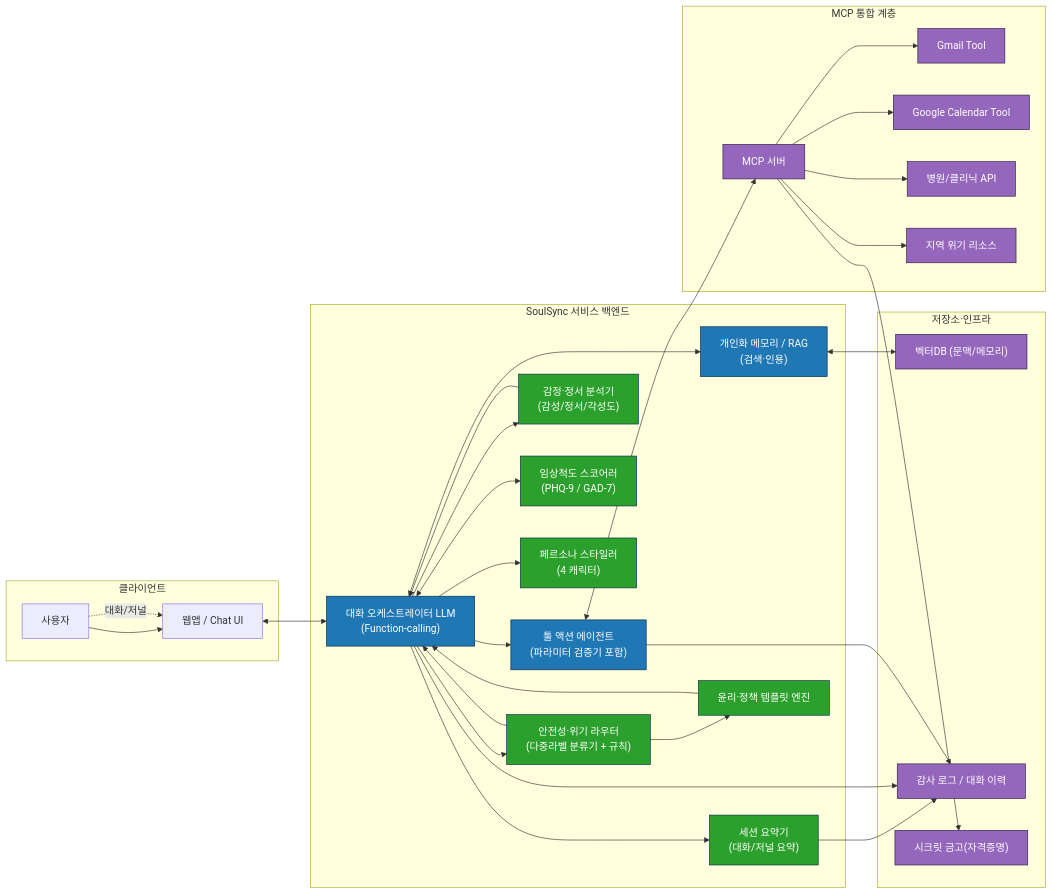
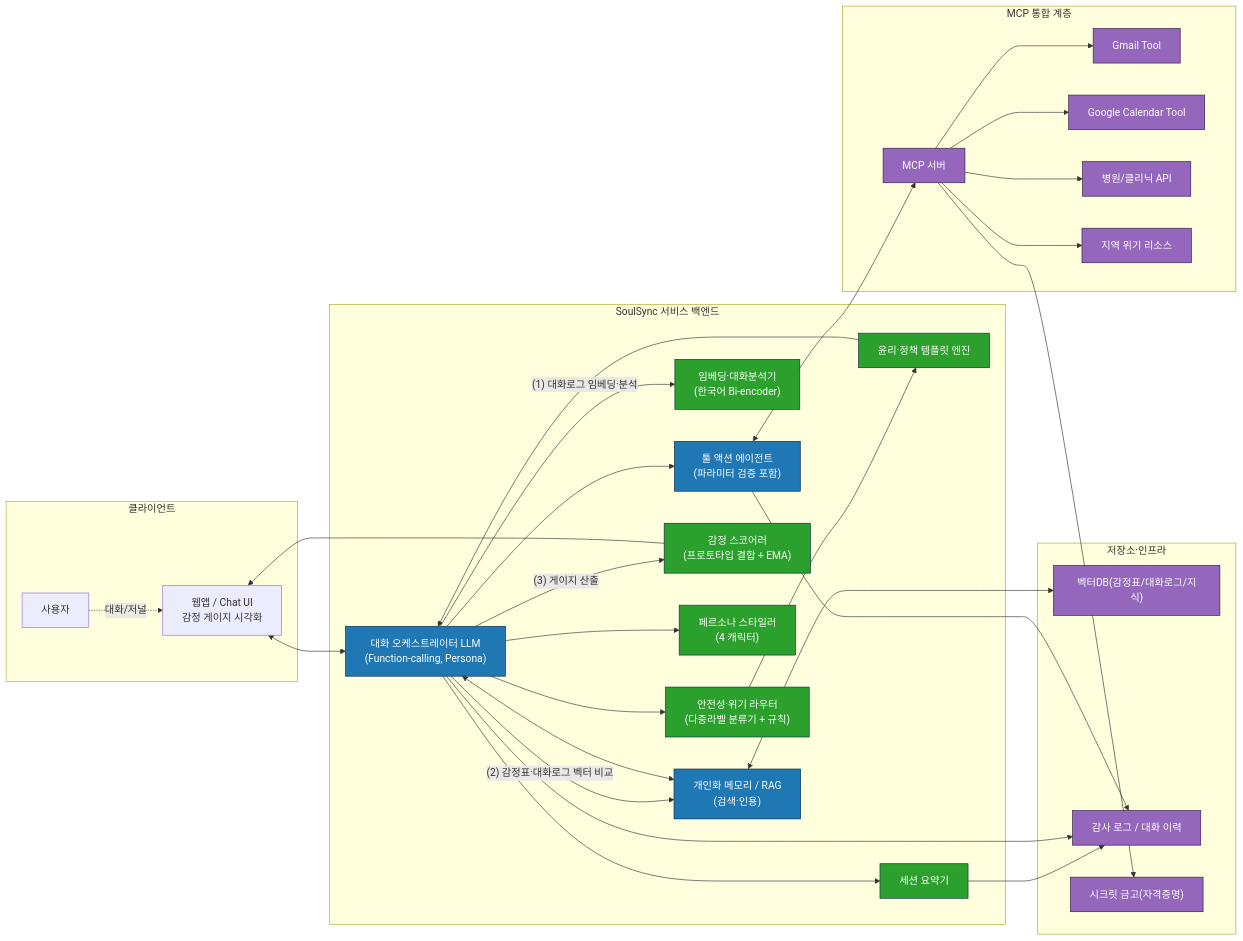
The third of 3 diagrams in README.md (yeeunbak/SoulSync-MCP), drawn with Mermaid before and after one commit. The commit also changed other lines of this file, not shown here.

````diff
--- a/README.md
+++ b/README.md
@@ -210,27 +210,32 @@
 ```mermaid
 flowchart LR
   %% =========================
-  %% SoulSync-MCP Component Diagram
+  %% SoulSync-MCP Component Diagram (LR, with 1→2→3)
   %% =========================
 
+  %% --- Client ---
   subgraph Client["클라이언트"]
     U[사용자]
-    UI[웹앱 / Chat UI]
-    U --> UI
+    UI[웹앱 / Chat UI<br/>감정 게이지 시각화]
+    U -. 대화/저널 .-> UI
   end
 
+  %% --- Backend ---
   subgraph Backend["SoulSync 서비스 백엔드"]
-    ORCH["대화 오케스트레이터 LLM<br/>(Function-calling)"]
+    ORCH["대화 오케스트레이터 LLM<br/>(Function-calling, Persona)"]
     SAFETY["안전성·위기 라우터<br/>(다중라벨 분류기 + 규칙)"]
-    EMO["감정·정서 분석기<br/>(감성/정서/각성도)"]
-    SCORE["임상척도 스코어러<br/>(PHQ-9 / GAD-7)"]
-    SUM["세션 요약기<br/>(대화/저널 요약)"]
+    POLICY["윤리·정책 템플릿 엔진"]
+
+    EMB["임베딩·대화분석기<br/>(한국어 Bi-encoder)"]
+    RAG["개인화 메모리 / RAG<br/>(검색·인용)"]
+    SCORE["감정 스코어러<br/>(프로토타입 결합 + EMA)"]
+
+    SUM["세션 요약기"]
     PERS["페르소나 스타일러<br/>(4 캐릭터)"]
-    RAG["개인화 메모리 / RAG<br/>(검색·인용)"]
-    AGENT["툴 액션 에이전트<br/>(파라미터 검증기 포함)"]
-    POLICY["윤리·정책 템플릿 엔진"]
+    AGENT["툴 액션 에이전트<br/>(파라미터 검증 포함)"]
   end
 
+  %% --- MCP ---
   subgraph MCP["MCP 통합 계층"]
     MCPS["MCP 서버"]
     GMAIL["Gmail Tool"]
@@ -239,36 +244,38 @@
     CRISIS["지역 위기 리소스"]
   end
 
+  %% --- Storage / Infra ---
   subgraph Storage["저장소·인프라"]
-    VDB["벡터DB (문맥/메모리)"]
+    VDB["벡터DB(감정표/대화로그/지식)"]
     LOG["감사 로그 / 대화 이력"]
     VAULT["시크릿 금고(자격증명)"]
   end
 
-  %% -------- Data/Control Flows --------
-  U -. 대화/저널 .-> UI
+  %% -------- Flows --------
   UI <--> ORCH
 
   ORCH --> SAFETY
-  SAFETY --> ORCH
   SAFETY --> POLICY
   POLICY --> ORCH
 
-  ORCH --> EMO
-  EMO --> ORCH
+  %% 1→2→3 파이프라인
+  ORCH -- "(1) 대화로그 임베딩·분석" --> EMB
+  ORCH -- "(2) 감정표·대화로그 벡터 비교" --> RAG
+  RAG <--> VDB
+  ORCH -- "(3) 게이지 산출" --> SCORE
+  SCORE --> UI
 
+  %% RAG 답변 생성/요약
   ORCH <--> RAG
-  RAG <--> VDB
-
-  ORCH <--> SCORE
-
-  ORCH --> PERS
   ORCH --> SUM
   SUM --> LOG
 
+  %% 페르소나
+  ORCH --> PERS
+
+  %% MCP 툴 실행
   ORCH --> AGENT
   AGENT <--> MCPS
-
   MCPS --> GMAIL
   MCPS --> GCAL
   MCPS --> HOSP
@@ -278,13 +285,13 @@
   ORCH --> LOG
   AGENT --> LOG
 
-  %% -------- Styling (optional) --------
+  %% -------- Styling --------
   classDef core fill:#1f77b4,stroke:#0b2a4a,stroke-width:1,color:#fff;
   classDef aux fill:#2ca02c,stroke:#0b2a4a,stroke-width:1,color:#fff;
   classDef infra fill:#9467bd,stroke:#2f1a45,stroke-width:1,color:#fff;
 
   class ORCH,AGENT,RAG core;
-  class SAFETY,EMO,SCORE,SUM,PERS,POLICY aux;
+  class SAFETY,EMB,SCORE,SUM,PERS,POLICY aux;
   class MCPS,GMAIL,GCAL,HOSP,CRISIS,VDB,LOG,VAULT infra;
 
 ```
````
